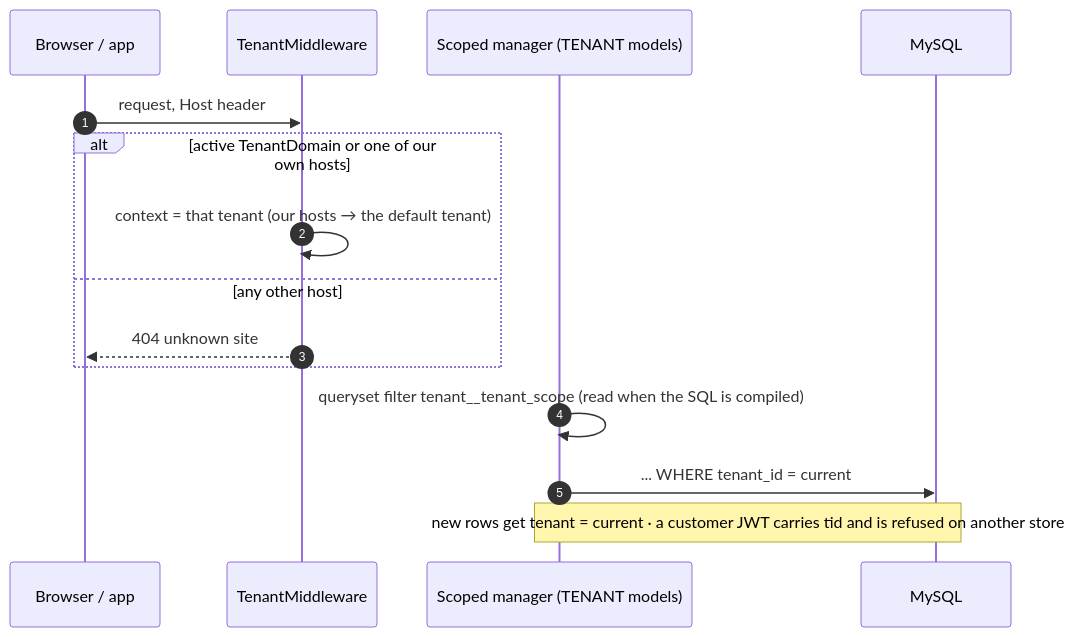
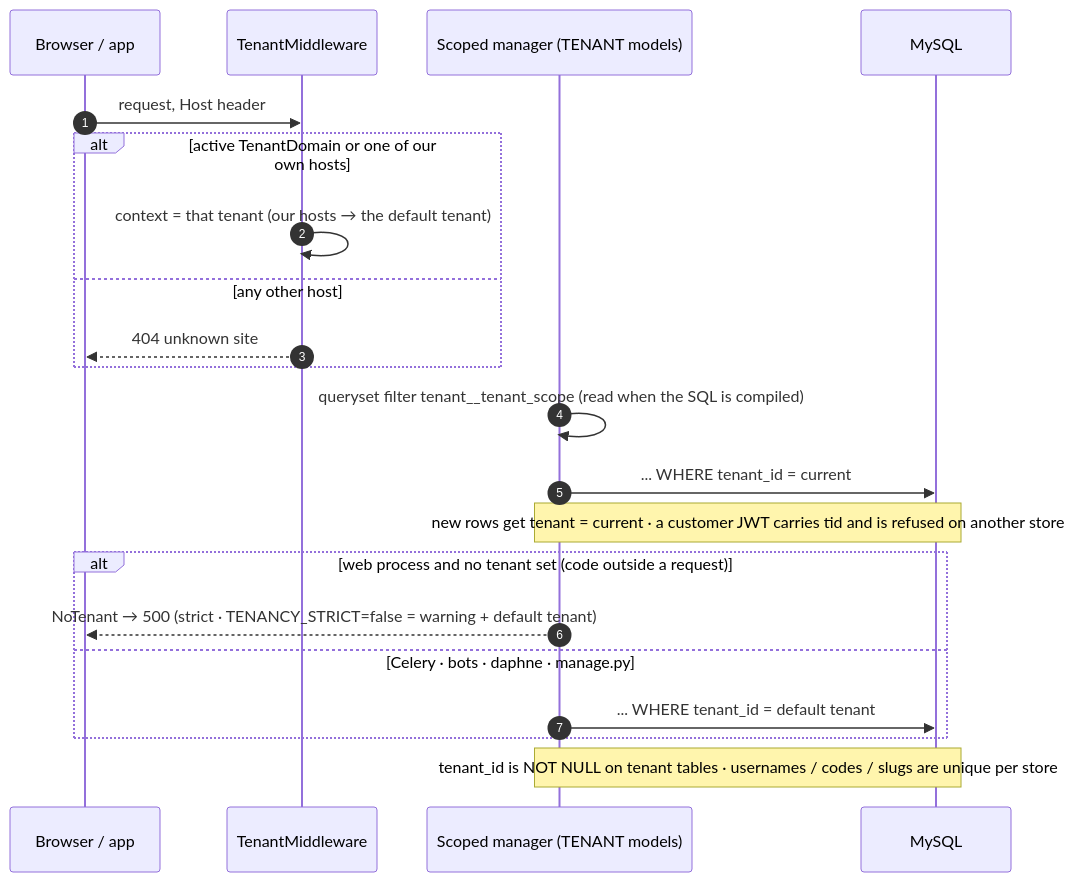
Before and after one commit to santiyagoburcart/caspintunel: diagram 39 of 39 in docs/flows.md, drawn with Mermaid. The commit also changed other lines of this file and 31 other files, not shown here.

First line of the commit message:
release: v1.42.0 — multi-tenant Phase 1 Release C: tenant NOT NULL, per-store uniques only, strict mode

````diff
--- a/docs/flows.md
+++ b/docs/flows.md
@@ -1240,17 +1240,23 @@
 ```mermaid
 sequenceDiagram
     autonumber
     participant C as Browser / app
     participant M as TenantMiddleware
     participant Q as Scoped manager (TENANT models)
     participant DB as MySQL
     C->>M: request, Host header
     alt active TenantDomain or one of our own hosts
         M->>M: context = that tenant (our hosts → the default tenant)
     else any other host
         M-->>C: 404 unknown site
     end
     Q->>Q: queryset filter tenant__tenant_scope (read when the SQL is compiled)
     Q->>DB: ... WHERE tenant_id = current
     Note over Q,DB: new rows get tenant = current · a customer JWT carries tid and is refused on another store
+    alt web process and no tenant set (code outside a request)
+        Q-->>C: NoTenant → 500 (strict · TENANCY_STRICT=false = warning + default tenant)
+    else Celery · bots · daphne · manage.py
+        Q->>DB: ... WHERE tenant_id = default tenant
+    end
+    Note over Q,DB: tenant_id is NOT NULL on tenant tables · usernames / codes / slugs are unique per store
 ```
````
